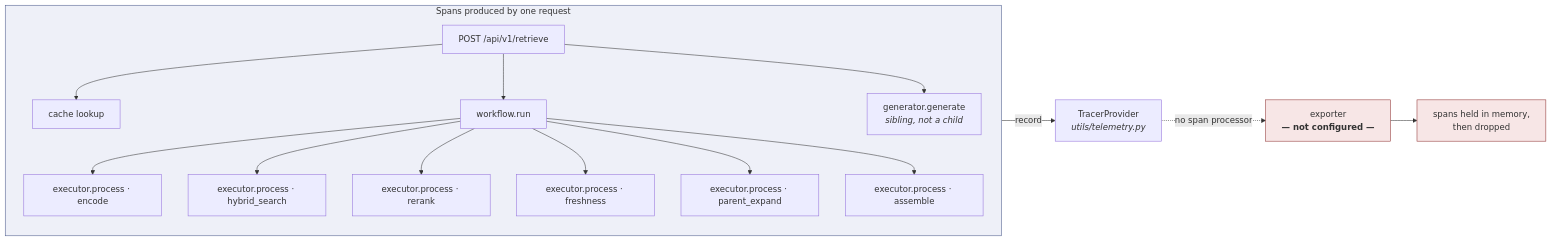
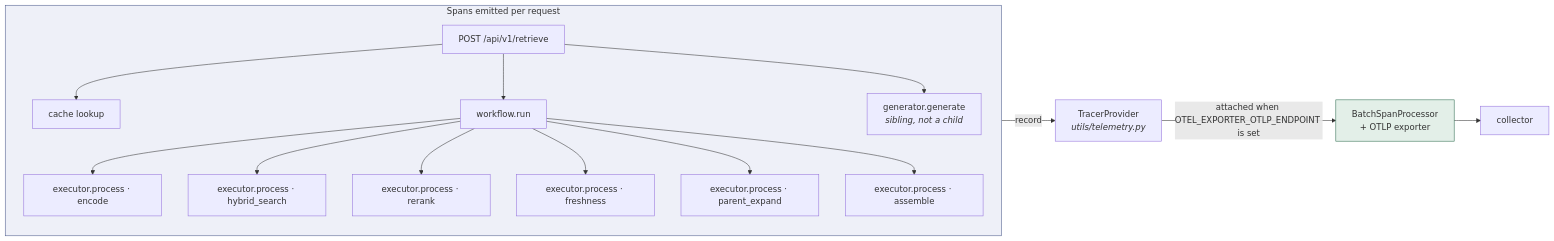
The third of 3 diagrams in rag-as-a-service/MAF_MIGRATION_EXPLAINED.md (manojchevula-acc/agent-mesh), drawn with Mermaid before and after one commit. The commit also changed other lines of this file and 14 other files, not shown here.

Commit message:
fix: build retrieval workflow per request to allow concurrent calls and added call graph md file

````diff
--- a/rag-as-a-service/MAF_MIGRATION_EXPLAINED.md
+++ b/rag-as-a-service/MAF_MIGRATION_EXPLAINED.md
@@ -380,33 +427,32 @@
 ```mermaid
 flowchart LR
 
-subgraph REQ["Spans produced by one request"]
+subgraph REQ["Spans emitted per request"]
     direction TB
     R0["POST /api/v1/retrieve"]
     R1["cache lookup"]
     R2["workflow.run"]
     R3["executor.process · encode"]
     R4["executor.process · hybrid_search"]
     R5["executor.process · rerank"]
     R6["executor.process · freshness"]
     R7["executor.process · parent_expand"]
     R8["executor.process · assemble"]
     R9["generator.generate<br/><i>sibling, not a child</i>"]
     R0 --> R1
     R0 --> R2
     R2 --> R3 & R4 & R5 & R6 & R7 & R8
     R0 --> R9
 end
 
 TP["TracerProvider<br/><i>utils/telemetry.py</i>"]
-EX["exporter<br/><b>— not configured —</b>"]
-DROP["spans held in memory,<br/>then dropped"]
+EX["BatchSpanProcessor<br/>+ OTLP exporter"]
+COL["collector"]
 
 REQ -->|record| TP
-TP -.->|no span processor| EX
-EX --> DROP
+TP -->|attached when OTEL_EXPORTER_OTLP_ENDPOINT is set| EX
+EX --> COL
 
 style REQ fill:#eef0f8,stroke:#4a5a8a
-style EX fill:#f7e6e6,stroke:#8f3232
-style DROP fill:#f7e6e6,stroke:#8f3232
+style EX fill:#e3efe8,stroke:#2c6a4d
 ```
````
